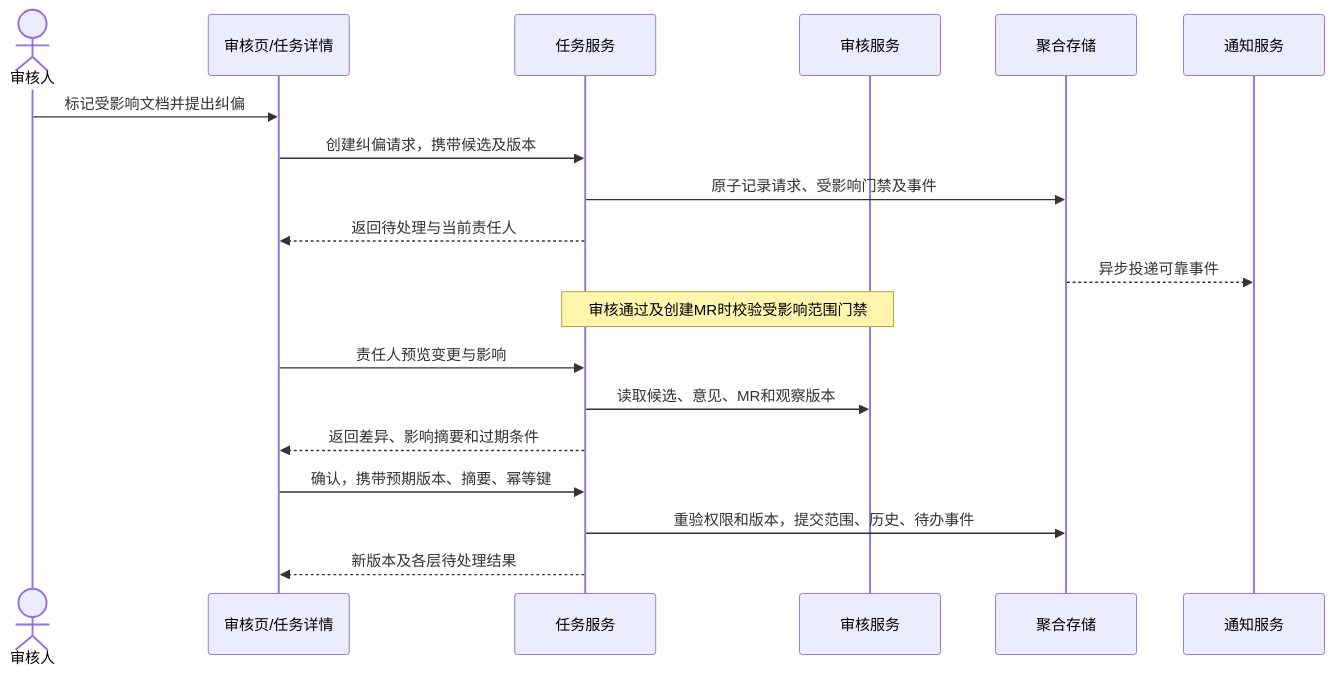
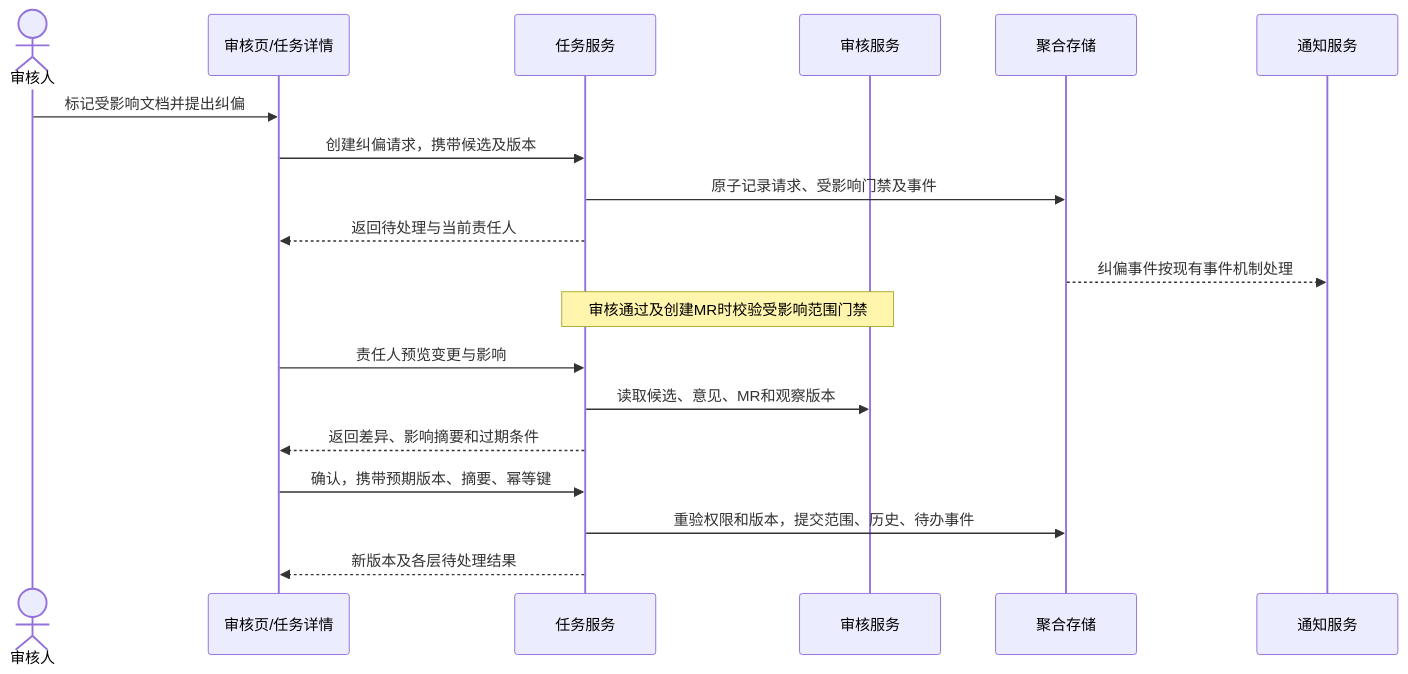
The second of 8 diagrams in .codex/知识中心建设平台/03-详细设计/知识中心-文档任务-异常回流与重新流转-详细设计文档.md (heyyang0210/kb-builder), drawn with Mermaid before and after one commit. The commit also changed other lines of this file and 57 other files, not shown here.

````diff
--- a/.codex/知识中心建设平台/03-详细设计/知识中心-文档任务-异常回流与重新流转-详细设计文档.md
+++ b/.codex/知识中心建设平台/03-详细设计/知识中心-文档任务-异常回流与重新流转-详细设计文档.md
@@ -76,21 +94,21 @@
 ```mermaid
 sequenceDiagram
     actor Reviewer as 审核人
     participant UI as 审核页/任务详情
     participant API as 任务服务
     participant Review as 审核服务
     participant Store as 聚合存储
     participant Notice as 通知服务
     Reviewer->>UI: 标记受影响文档并提出纠偏
     UI->>API: 创建纠偏请求，携带候选及版本
     API->>Store: 原子记录请求、受影响门禁及事件
     API-->>UI: 返回待处理与当前责任人
-    Store-->>Notice: 异步投递可靠事件
+    Store-->>Notice: 纠偏事件按现有事件机制处理
     Note over Review,API: 审核通过及创建MR时校验受影响范围门禁
     UI->>API: 责任人预览变更与影响
     API->>Review: 读取候选、意见、MR和观察版本
     API-->>UI: 返回差异、影响摘要和过期条件
     UI->>API: 确认，携带预期版本、摘要、幂等键
     API->>Store: 重验权限和版本，提交范围、历史、待办事件
     API-->>UI: 新版本及各层待处理结果
 ```
````
